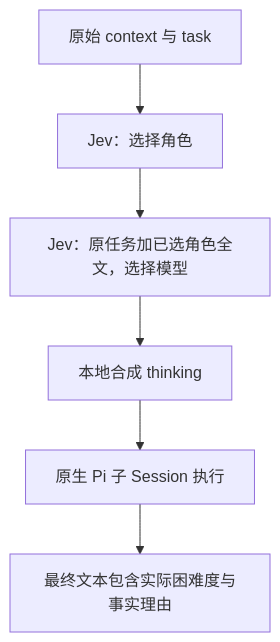
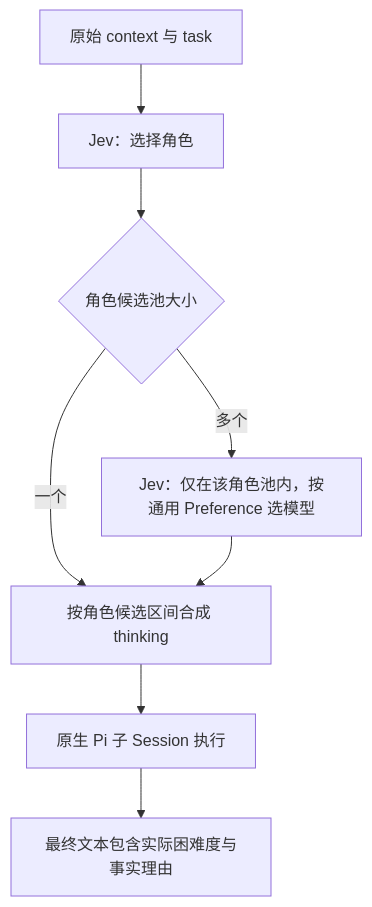
Before and after one commit to 111inhistory/pi-harness: the diagram in docs/subagent-contract.md, drawn with Mermaid. The commit also changed other lines of this file and 86 other files, not shown here.

````diff
--- a/docs/subagent-contract.md
+++ b/docs/subagent-contract.md
@@ -93,8 +94,10 @@
 ```mermaid
 flowchart TD
   A[原始 context 与 task] --> B[Jev：选择角色]
-  B --> C[Jev：原任务加已选角色全文，选择模型]
-  C --> D[本地合成 thinking]
+  B --> P{角色候选池大小}
+  P -->|多个| C[Jev：仅在该角色池内，按通用 Preference 选模型]
+  P -->|一个| D[按角色候选区间合成 thinking]
+  C --> D
   D --> E[原生 Pi 子 Session 执行]
   E --> F[最终文本包含实际困难度与事实理由]
 ```
````
